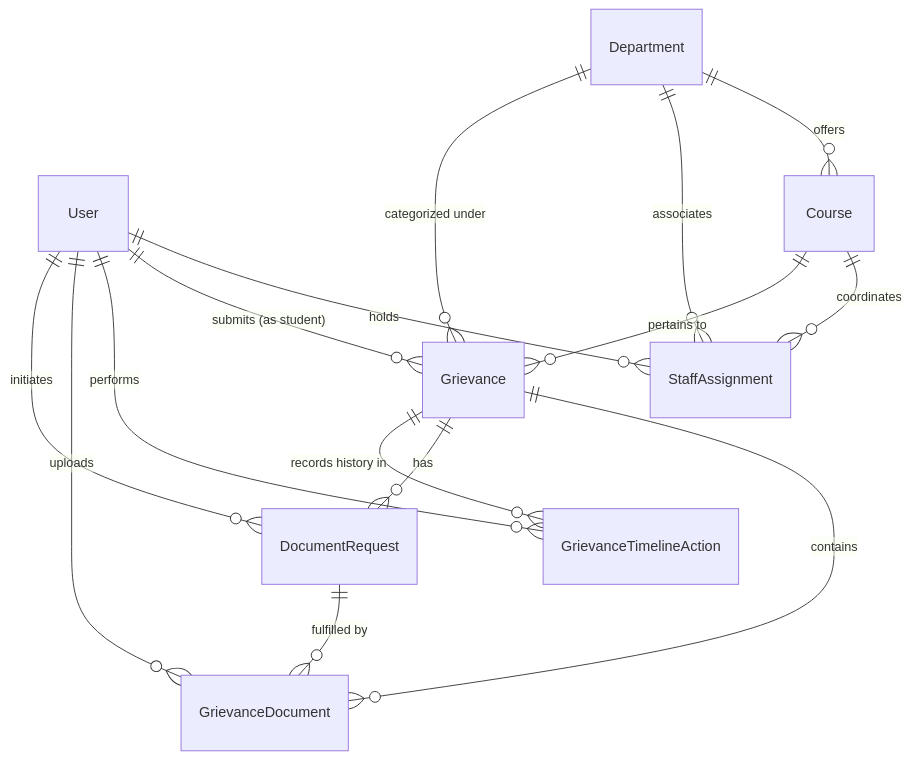
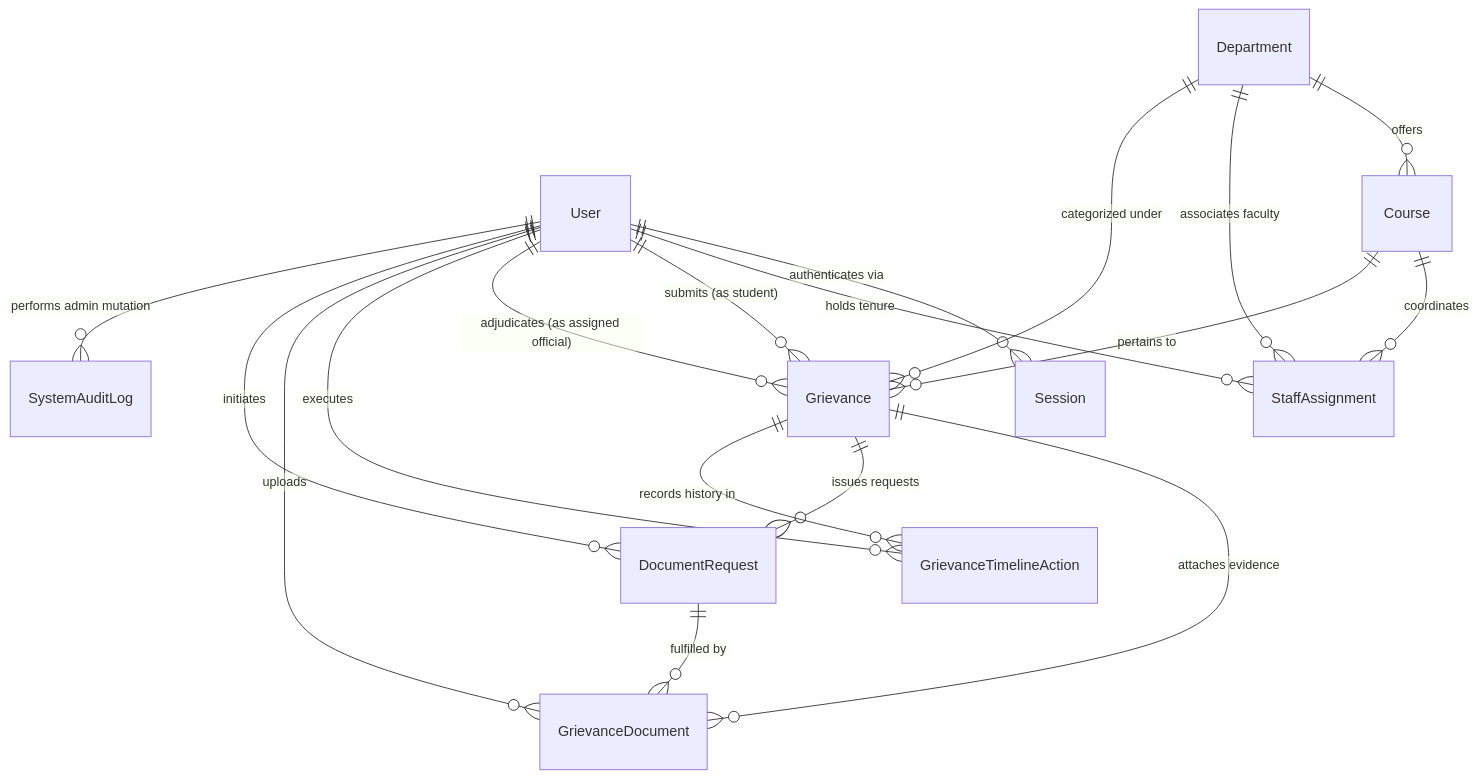
The diagram in docs/data-model.md (dsharshitguptaa7/samvad-sbs), drawn with Mermaid before and after one commit. The commit also changed other lines of this file and 97 other files, not shown here.

````diff
--- a/docs/data-model.md
+++ b/docs/data-model.md
@@ -8,21 +9,24 @@
 ```mermaid
 erDiagram
-    User ||--o{ StaffAssignment : "holds"
+    User ||--o{ Session : "authenticates via"
+    User ||--o{ StaffAssignment : "holds tenure"
     User ||--o{ Grievance : "submits (as student)"
-    User ||--o{ GrievanceTimelineAction : "performs"
+    User ||--o{ Grievance : "adjudicates (as assigned official)"
+    User ||--o{ GrievanceTimelineAction : "executes"
     User ||--o{ GrievanceDocument : "uploads"
     User ||--o{ DocumentRequest : "initiates"
+    User ||--o{ SystemAuditLog : "performs admin mutation"
 
     Department ||--o{ Course : "offers"
-    Department ||--o{ StaffAssignment : "associates"
+    Department ||--o{ StaffAssignment : "associates faculty"
     Department ||--o{ Grievance : "categorized under"
 
     Course ||--o{ StaffAssignment : "coordinates"
     Course ||--o{ Grievance : "pertains to"
 
-    Grievance ||--o{ GrievanceDocument : "contains"
-    Grievance ||--o{ DocumentRequest : "has"
+    Grievance ||--o{ GrievanceDocument : "attaches evidence"
+    Grievance ||--o{ DocumentRequest : "issues requests"
     Grievance ||--o{ GrievanceTimelineAction : "records history in"
 
     DocumentRequest ||--o{ GrievanceDocument : "fulfilled by"
 ```
````
